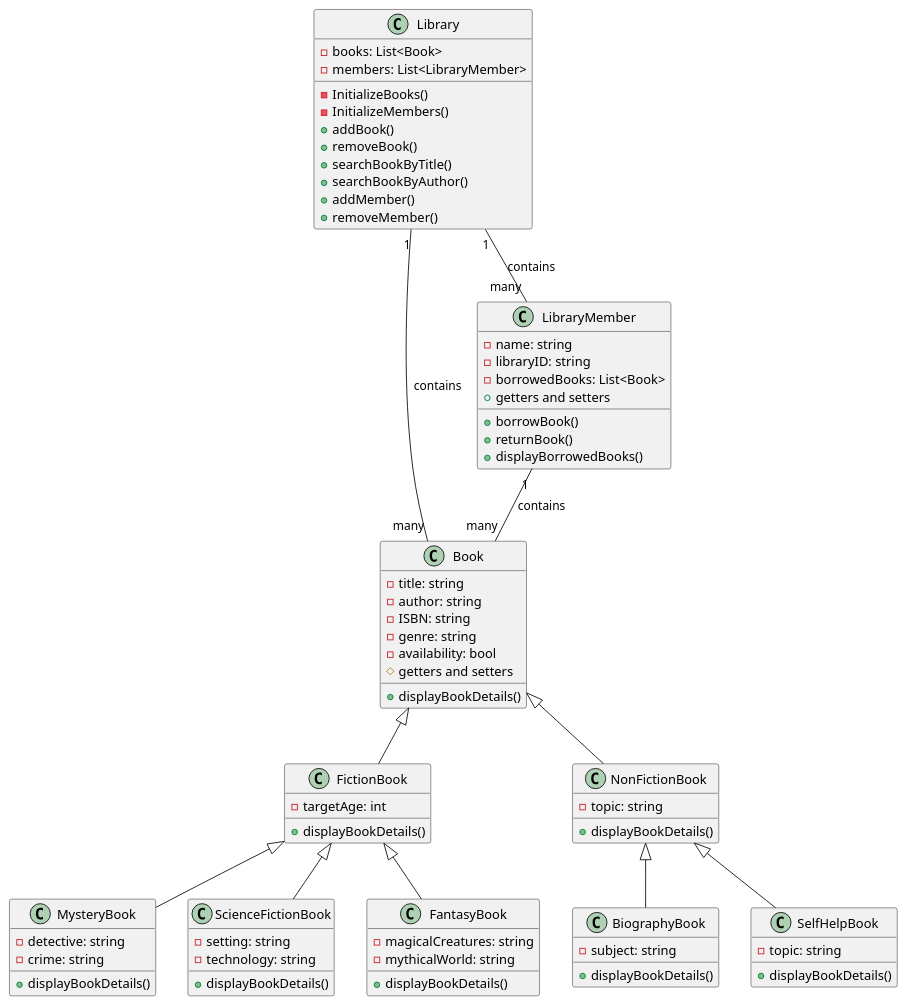
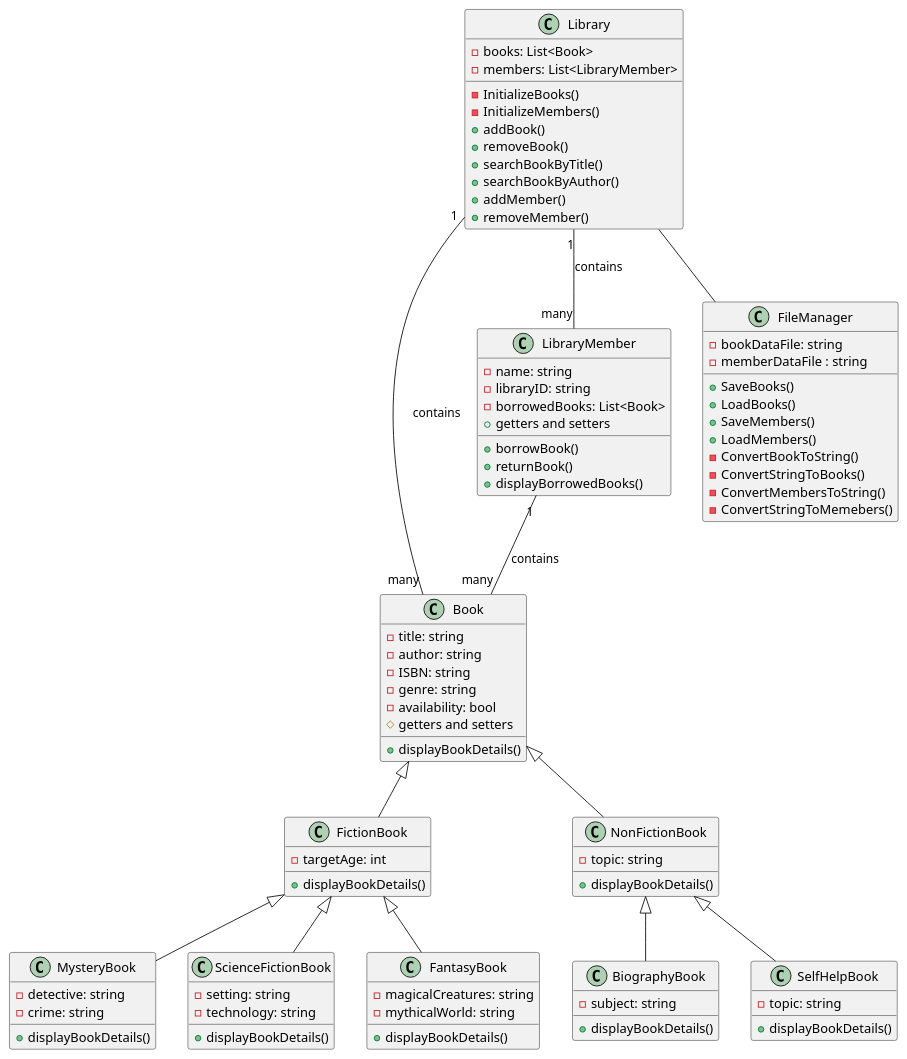
Before and after one commit to Kasmodan1/cse210: the diagram in final/FinalProject/finaldiagram.wsd, drawn with PlantUML.

Commit message:
added FileManager class

```diff
--- a/final/FinalProject/finaldiagram.wsd
+++ b/final/FinalProject/finaldiagram.wsd
@@ -1,86 +1,102 @@
 @startuml
 
 Book <|-- FictionBook
 Book <|-- NonFictionBook
 FictionBook <|-- MysteryBook
 FictionBook <|-- ScienceFictionBook
 FictionBook <|-- FantasyBook
 NonFictionBook <|-- BiographyBook
 NonFictionBook <|-- SelfHelpBook
 LibraryMember "1" -- "many" Book :contains
 Library "1" -- "many" Book :contains
 Library "1" -- "many" LibraryMember :contains
+Library -- FileManager
 
 class Library {
   - books: List<Book>
   - members: List<LibraryMember>
   - InitializeBooks()
   - InitializeMembers()
   + addBook()
   + removeBook()
   + searchBookByTitle()
   + searchBookByAuthor()
   + addMember()
   + removeMember()
+}
+
+class FileManager {
+  - bookDataFile: string
+  - memberDataFile : string
+  + SaveBooks()
+  + LoadBooks()
+  + SaveMembers()
+  + LoadMembers()
+  - ConvertBookToString()
+  - ConvertStringToBooks()
+  - ConvertMembersToString()
+  - ConvertStringToMemebers()
+
+
+}
+
+class LibraryMember {
+  - name: string
+  - libraryID: string
+  - borrowedBooks: List<Book>
+  + getters and setters
+  + borrowBook()
+  + returnBook()
+  + displayBorrowedBooks()
 }
 
 class Book {
   - title: string
   - author: string
   - ISBN: string
   - genre: string
   - availability: bool
   # getters and setters
   + displayBookDetails()
 }
 
 class FictionBook {
   - targetAge: int
   + displayBookDetails()
 }
 
 class NonFictionBook {
   - topic: string
   + displayBookDetails()
 }
 
 class MysteryBook {
   - detective: string
   - crime: string
   + displayBookDetails()
 }
 
 class ScienceFictionBook {
   - setting: string
   - technology: string
   + displayBookDetails()
 }
 
 class FantasyBook {
   - magicalCreatures: string
   - mythicalWorld: string
   + displayBookDetails()
 }
 
 class BiographyBook {
   - subject: string
   + displayBookDetails()
 }
 
 class SelfHelpBook {
   - topic: string
   + displayBookDetails()
 }
 
-class LibraryMember {
-  - name: string
-  - libraryID: string
-  - borrowedBooks: List<Book>
-  + getters and setters
-  + borrowBook()
-  + returnBook()
-  + displayBorrowedBooks()
-}
-
 
 @enduml
```
